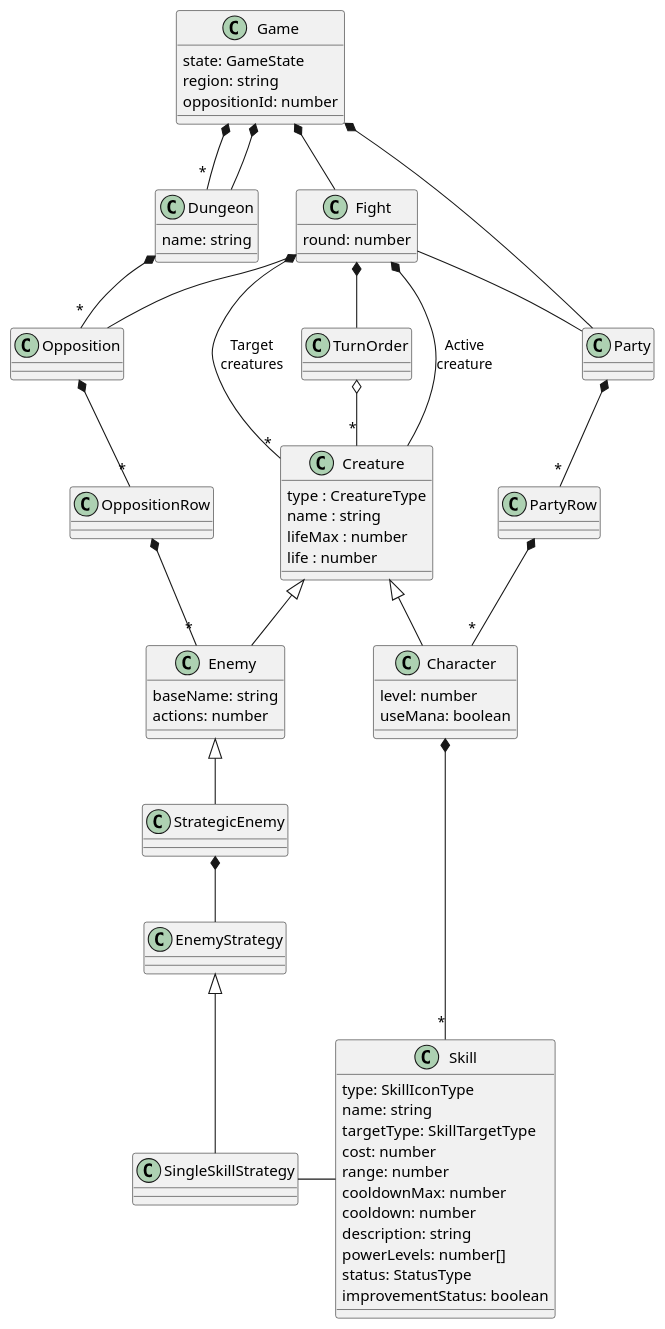
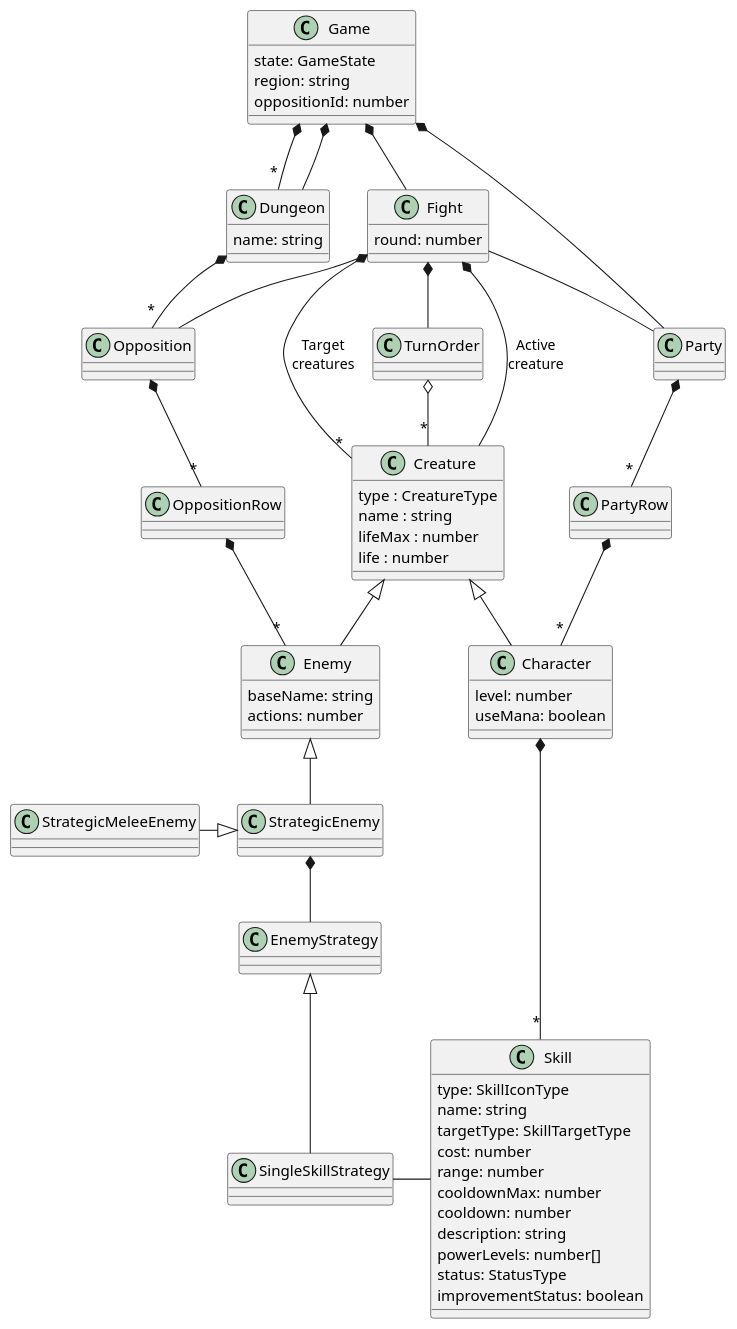
One commit to fbeaufume/draconis changed the diagram in doc/model.puml. Above: the diagram before and after it, drawn with PlantUML. The commit also changed 3 other files, not shown here.

Commit message:
Added a melee enemy class with strategy

```diff
--- a/doc/model.puml
+++ b/doc/model.puml
@@ -1,96 +1,100 @@
 @startuml
 
 class Game {
   state: GameState
   region: string
   oppositionId: number
 }
 
 class Dungeon {
   name: string
 }
 
 class Fight {
   round: number
 }
 
 
 class Party {
 }
 
 class PartyRow {
 }
 
 class Opposition {
 }
 
 class OppositionRow {
 }
 
 class TurnOrder {
 }
 
 class Creature {
   type : CreatureType
   name : string
   lifeMax : number
   life : number
 }
 
 class Character {
   level: number
   useMana: boolean
 }
 
 class Enemy {
   baseName: string
   actions: number
 }
 
 class StrategicEnemy {
 }
 
+class StrategicMeleeEnemy {
+}
+
 class EnemyStrategy {
 }
 
 class SingleSkillStrategy {
 }
 
 class Skill {
   type: SkillIconType
   name: string
   targetType: SkillTargetType
   cost: number
   range: number
   cooldownMax: number
   cooldown: number
   description: string
   powerLevels: number[]
   status: StatusType
   improvementStatus: boolean
 }
 
 Game *-- Party
 Game *-- Fight
 Game *-- "*" Dungeon
 Game *-- Dungeon
 Dungeon *-- "*" Opposition
 Fight -- Party
 Fight -- Opposition
 Fight *-- TurnOrder
 Fight *-- Creature : "Active\ncreature"
 Fight *-- "*" Creature : "Target\ncreatures"
 TurnOrder o-- "*" Creature
 Party *-- "*" PartyRow
 PartyRow *-- "*" Character
 Opposition *-- "*" OppositionRow
 OppositionRow *-- "*" Enemy
 Creature <|-- Character
 Character *-- "*" Skill
 Creature <|-- Enemy
 Enemy <|-- StrategicEnemy
+StrategicEnemy <|-left- StrategicMeleeEnemy
 StrategicEnemy *-- EnemyStrategy
 EnemyStrategy <|-- SingleSkillStrategy
 SingleSkillStrategy -right- Skill
 
 @enduml
```
